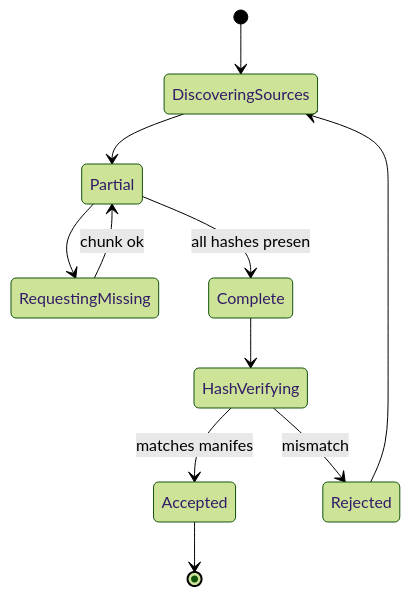
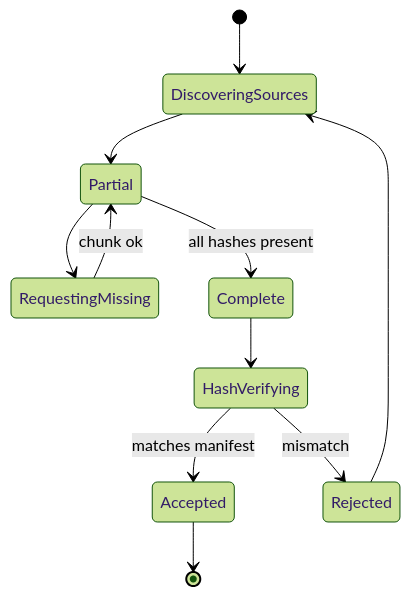
Before and after one commit to Rifat-Hossain49/July_hackathon: the fourth of 4 diagrams in PROTOCOL_SPEC.md, drawn with Mermaid (forest theme). The commit also changed other lines of this file and 13 other files, not shown here.

````diff
--- a/PROTOCOL_SPEC.md
+++ b/PROTOCOL_SPEC.md
@@ -741,13 +743,13 @@
 ```mermaid
 stateDiagram-v2
   [*] --> DiscoveringSources
   DiscoveringSources --> Partial
   Partial --> RequestingMissing
   RequestingMissing --> Partial: chunk ok
-  Partial --> Complete: all hashes presen
+  Partial --> Complete: all hashes present
   Complete --> HashVerifying
-  HashVerifying --> Accepted: matches manifes
+  HashVerifying --> Accepted: matches manifest
   HashVerifying --> Rejected: mismatch
   Accepted --> [*]
   Rejected --> DiscoveringSources
 ```
````
